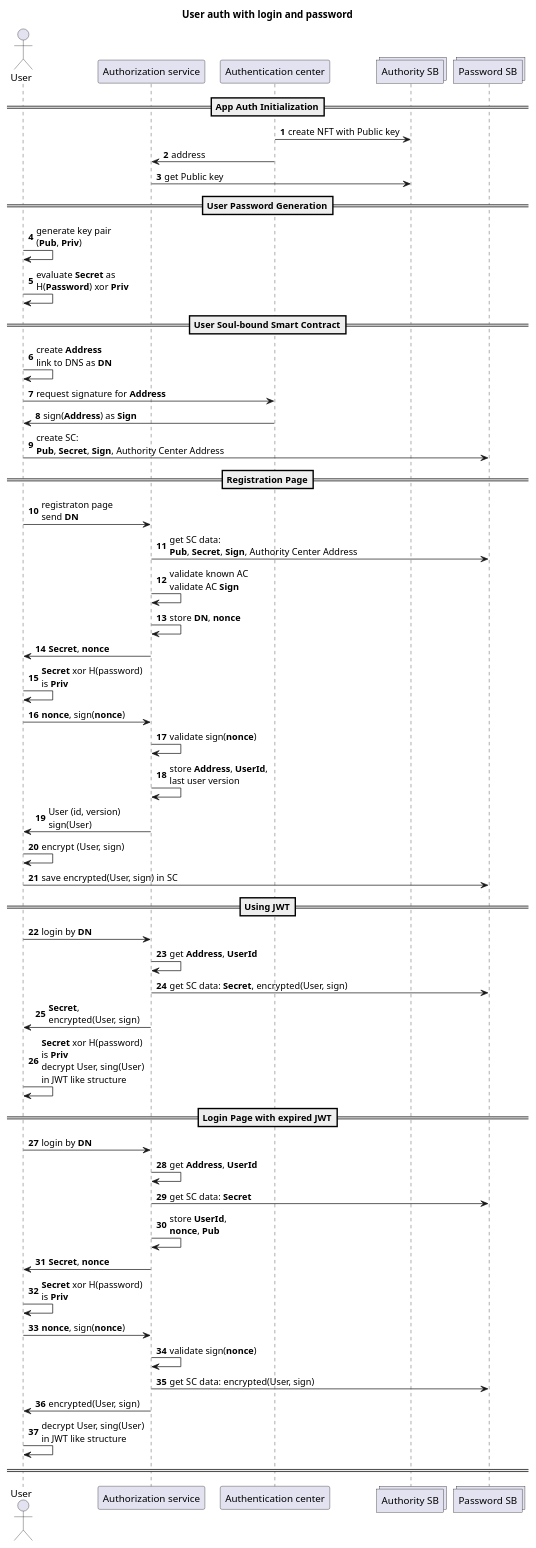
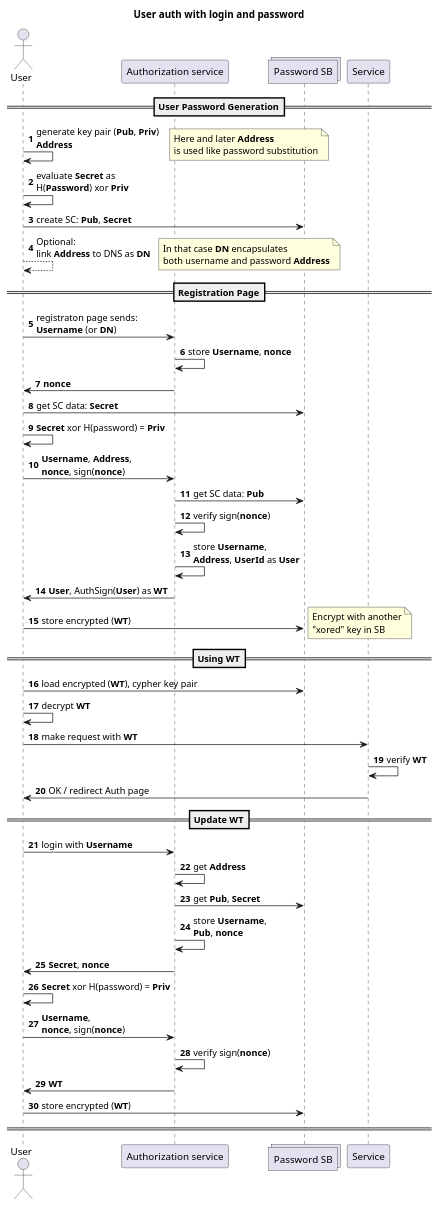
One commit to odve/ton-auth changed the diagram in diagrams/LoginPasswordRegistration.puml. Above: the diagram before and after it, drawn with PlantUML. The commit also changed 4 other files, not shown here.

Commit message:
Auth diagram simplification

```diff
--- a/diagrams/LoginPasswordRegistration.puml
+++ b/diagrams/LoginPasswordRegistration.puml
@@ -1,104 +1,88 @@
 @startuml
 'https://plantuml.com/sequence-diagram
 
 title User auth with login and password
 
 autonumber
 
 actor User
-participant App as "Authorization service"
-participant Auth as "Authentication center"
-collections AC as "Authority SB"
+participant Auth as "Authorization service"
 collections Pwd as "Password SB"
-
-==App Auth Initialization==
-
-Auth -> AC : create NFT with Public key
-Auth -> App : address
-App -> AC : get Public key
+participant App as "Service"
 
 ==User Password Generation==
 
-User -> User : generate key pair\n\
-(<b>Pub</b>, <b>Priv</b>)
+User -> User : generate key pair (<b>Pub</b>, <b>Priv</b>) \n\
+<b>Address</b>
+note right
+    Here and later <b>Address</b>
+    is used like password substitution
+end note
 
 User -> User : evaluate <b>Secret</b> as\n\
 H(<b>Password</b>) xor <b>Priv</b>
 
-==User Soul-bound Smart Contract==
-
-User -> User : create <b>Address</b> \n\
-link to DNS as <b>DN</b>
-
-User -> Auth : request signature for <b>Address</b>
-
-Auth -> User : sign(<b>Address</b>) as <b>Sign</b>
-
-User -> Pwd : create SC: \n\
-<b>Pub</b>, <b>Secret</b>, <b>Sign</b>, Authority Center Address
+User -> Pwd : create SC: <b>Pub</b>, <b>Secret</b>
+User --> User : Optional: \n\
+link <b>Address</b> to DNS as <b>DN</b>
+note right
+    In that case <b>DN</b> encapsulates
+    both username and password <b>Address</b>
+end note
 
 ==Registration Page==
 
-User -> App : registraton page \n\
-send <b>DN</b>
+User -> Auth : registraton page sends: \n\
+<b>Username</b> (or <b>DN</b>)
 
-App -> Pwd : get SC data: \n\
-<b>Pub</b>, <b>Secret</b>, <b>Sign</b>, Authority Center Address
-App -> App : validate known AC \n\
-validate AC <b>Sign</b>
-App -> App : store <b>DN</b>, <b>nonce</b>
-App -> User : <b>Secret</b>, <b>nonce</b>
+Auth -> Auth : store <b>Username</b>, <b>nonce</b>
+Auth -> User : <b>nonce</b>
 
-User -> User : <b>Secret</b> xor H(password) \n\
-is <b>Priv</b>
-User -> App : <b>nonce</b>, sign(<b>nonce</b>)
+User -> Pwd : get SC data: <b>Secret</b>
+User -> User : <b>Secret</b> xor H(password) = <b>Priv</b>
+User -> Auth : <b>Username</b>, <b>Address</b>, \n\
+<b>nonce</b>, sign(<b>nonce</b>)
 
-App -> App : validate sign(<b>nonce</b>)
-App -> App : store <b>Address</b>, <b>UserId</b>, \n\
-last user version
-App -> User : User (id, version) \n\
-sign(User)
+Auth -> Pwd : get SC data: <b>Pub</b>
 
-User -> User : encrypt (User, sign)
-User -> Pwd : save encrypted(User, sign) in SC
+Auth -> Auth : verify sign(<b>nonce</b>)
+Auth -> Auth : store <b>Username</b>, \n\
+<b>Address</b>, <b>UserId</b> as <b>User</b>
+Auth -> User : <b>User</b>, AuthSign(<b>User</b>) as <b>WT</b>
 
-==Using JWT==
+User -> Pwd : store encrypted (<b>WT</b>)
+note right
+    Encrypt with another
+    "xored" key in SB
+end note
 
-User -> App : login by <b>DN</b>
+==Using WT==
 
-App -> App : get <b>Address</b>, <b>UserId</b>
-App -> Pwd : get SC data: <b>Secret</b>, encrypted(User, sign)
+User -> Pwd : load encrypted (<b>WT</b>), cypher key pair
+User -> User : decrypt <b>WT</b>
+User -> App : make request with <b>WT</b>
 
-App -> User : <b>Secret</b>, \n\
-encrypted(User, sign)
-User -> User : <b>Secret</b> xor H(password) \n\
-is <b>Priv</b>\n\
-decrypt User, sing(User) \n\
-in JWT like structure
+App -> App : verify <b>WT</b>
+App -> User : OK / redirect Auth page
 
-==Login Page with expired JWT==
+==Update WT==
 
-User -> App : login by <b>DN</b>
+User -> Auth : login with <b>Username</b>
 
-App -> App : get <b>Address</b>, <b>UserId</b>
-App -> Pwd : get SC data: <b>Secret</b>
-App -> App : store <b>UserId</b>, \n\
-<b>nonce</b>, <b>Pub</b>
+Auth -> Auth : get <b>Address</b>
+Auth -> Pwd : get <b>Pub</b>, <b>Secret</b>
+Auth -> Auth : store <b>Username</b>, \n\
+<b>Pub</b>, <b>nonce</b>
+Auth -> User : <b>Secret</b>, <b>nonce</b>
 
-App -> User : <b>Secret</b>, <b>nonce</b>
-User -> User : <b>Secret</b> xor H(password) \n\
-is <b>Priv</b>
-User -> App : <b>nonce</b>, sign(<b>nonce</b>)
+User -> User : <b>Secret</b> xor H(password) = <b>Priv</b>
+User -> Auth : <b>Username</b>, \n\
+<b>nonce</b>, sign(<b>nonce</b>)
 
-App -> App : validate sign(<b>nonce</b>)
+Auth -> Auth : verify sign(<b>nonce</b>)
+Auth -> User : <b>WT</b>
 
-App -> Pwd : get SC data: encrypted(User, sign)
-
-App -> User : encrypted(User, sign)
-
-User -> User : decrypt User, sing(User) \n\
-in JWT like structure
-
+User -> Pwd : store encrypted (<b>WT</b>)
 ====
 
 @enduml
```
